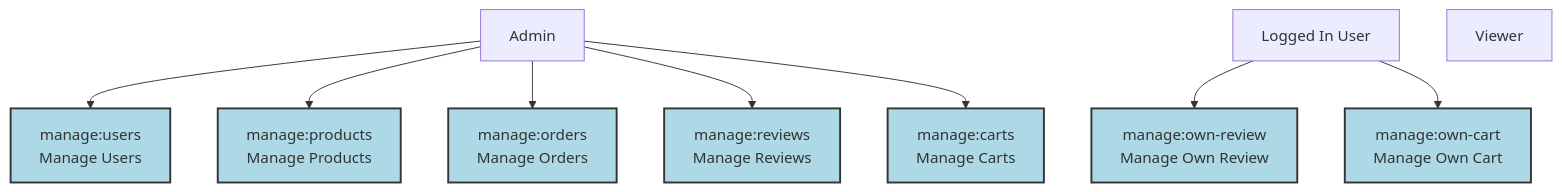
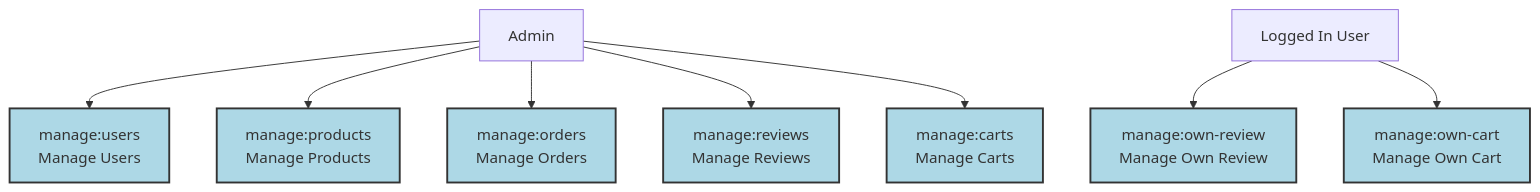
Before and after one commit to MGTheTrain/e-commerce-service: the diagram in docs/diagrams/user-roles-and-permissions-mapping.mmd, drawn with Mermaid.

Commit message:
remove Viewer

```diff
--- a/docs/diagrams/user-roles-and-permissions-mapping.mmd
+++ b/docs/diagrams/user-roles-and-permissions-mapping.mmd
@@ -1,25 +1,24 @@
 graph TD;
 
 Admin["Admin"]
 LoggedInUser["Logged In User"]
-Viewer["Viewer"]
 
 permission1["manage:users\nManage Users"]
 permission2["manage:products\nManage Products"]
 permission3["manage:orders\nManage Orders"]
 permission4["manage:reviews\nManage Reviews"]
 permission5["manage:carts\nManage Carts"]
 permission6["manage:own-review\nManage Own Review"]
 permission7["manage:own-cart\nManage Own Cart"]
 
 Admin --> permission1
 Admin --> permission2
 Admin --> permission3
 Admin --> permission4
 Admin --> permission5
 
 LoggedInUser --> permission6
 LoggedInUser --> permission7
 
 classDef permission fill:#ADD8E6,stroke:#333,stroke-width:2px;
 class permission1,permission2,permission3,permission4,permission5,permission6,permission7,permission8,permission9 permission;
```
